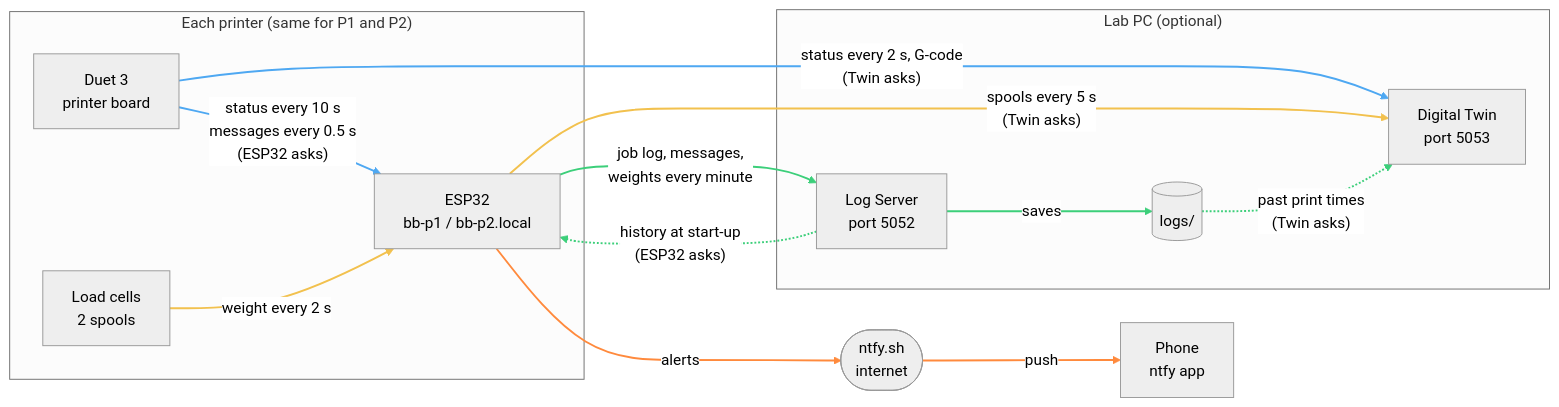
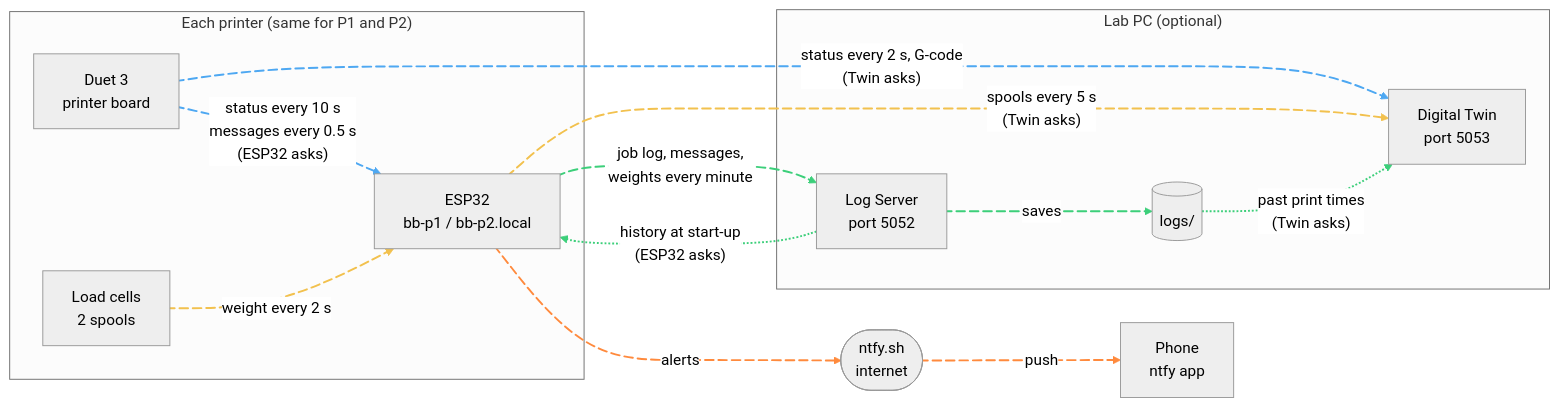
Before and after one commit to rodriguezosvaldo/LARRI_BlackbeltPrinter: the diagram in README.md, drawn with Mermaid (neutral theme). The commit also changed other lines of this file, not shown here.

Commit message:
README: animated Mermaid data-flow edges (Mermaid 11.10+ syntax)

````diff
--- a/README.md
+++ b/README.md
@@ -48,31 +48,40 @@
 ```mermaid
 flowchart LR
   subgraph PR["Each printer (same for P1 and P2)"]
     D["Duet 3<br/>printer board"]
     C["Load cells<br/>2 spools"]
     E["ESP32<br/>bb-p1 / bb-p2.local"]
   end
   subgraph PC["Lab PC (optional)"]
     LS["Log Server<br/>port 5052"]
     LOGS[("logs/")]
     TW["Digital Twin<br/>port 5053"]
   end
   NT(["ntfy.sh<br/>internet"])
   PH["Phone<br/>ntfy app"]
 
-  D -- "status every 10 s<br/>messages every 0.5 s<br/>(ESP32 asks)" --> E
-  C -- "weight every 2 s" --> E
-  E -- "alerts" --> NT
-  NT -- "push" --> PH
-  E -- "job log, messages,<br/>weights every minute" --> LS
-  LS -. "history at start-up<br/>(ESP32 asks)" .-> E
-  LS -- "saves" --> LOGS
-  D -- "status every 2 s, G-code<br/>(Twin asks)" --> TW
-  E -- "spools every 5 s<br/>(Twin asks)" --> TW
-  LOGS -. "past print times<br/>(Twin asks)" .-> TW
+  D e0@-->|"status every 10 s<br/>messages every 0.5 s<br/>(ESP32 asks)"| E
+  C e1@-->|"weight every 2 s"| E
+  E e2@-->|"alerts"| NT
+  NT e3@-->|"push"| PH
+  E e4@-->|"job log, messages,<br/>weights every minute"| LS
+  LS e5@-.->|"history at start-up<br/>(ESP32 asks)"| E
+  LS e6@-->|"saves"| LOGS
+  D e7@-->|"status every 2 s, G-code<br/>(Twin asks)"| TW
+  E e8@-->|"spools every 5 s<br/>(Twin asks)"| TW
+  LOGS e9@-.->|"past print times<br/>(Twin asks)"| TW
+
+  e0@{ animate: true }
+  e1@{ animate: true }
+  e2@{ animate: true }
+  e3@{ animate: true }
+  e4@{ animate: true }
+  e6@{ animate: true }
+  e7@{ animate: true }
+  e8@{ animate: true }
 
   linkStyle 0,7 stroke:#4ea8f2,stroke-width:2px
   linkStyle 1,8 stroke:#f2c14e,stroke-width:2px
   linkStyle 2,3 stroke:#ff8a3d,stroke-width:2px
   linkStyle 4,5,6,9 stroke:#3ccf7a,stroke-width:2px
 ```
````
